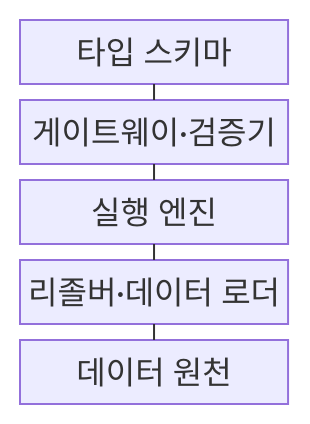
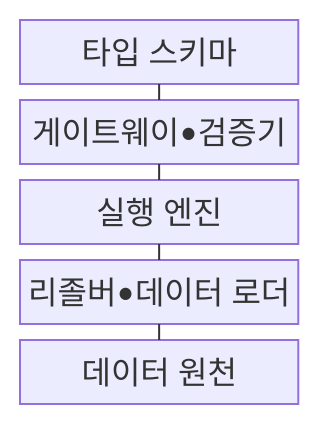
One commit to agnusdei1207/knowledge-base changed the first of 2 diagrams in src/content/docs/notes/03-software/172_graphql.md. Above: the diagram before and after it, drawn with Mermaid. The commit also changed other lines of this file and 953 other files, not shown here.

````diff
--- a/src/content/docs/notes/03-software/172_graphql.md
+++ b/src/content/docs/notes/03-software/172_graphql.md
@@ -68,13 +68,13 @@
 ```mermaid
 block
     columns 1
     A["타입 스키마"]
-    B["게이트웨이·검증기"]
+    B["게이트웨이•검증기"]
     C["실행 엔진"]
-    D["리졸버·데이터 로더"]
+    D["리졸버•데이터 로더"]
     E["데이터 원천"]
     A --- B
     B --- C
     C --- D
     D --- E
 ```
````
